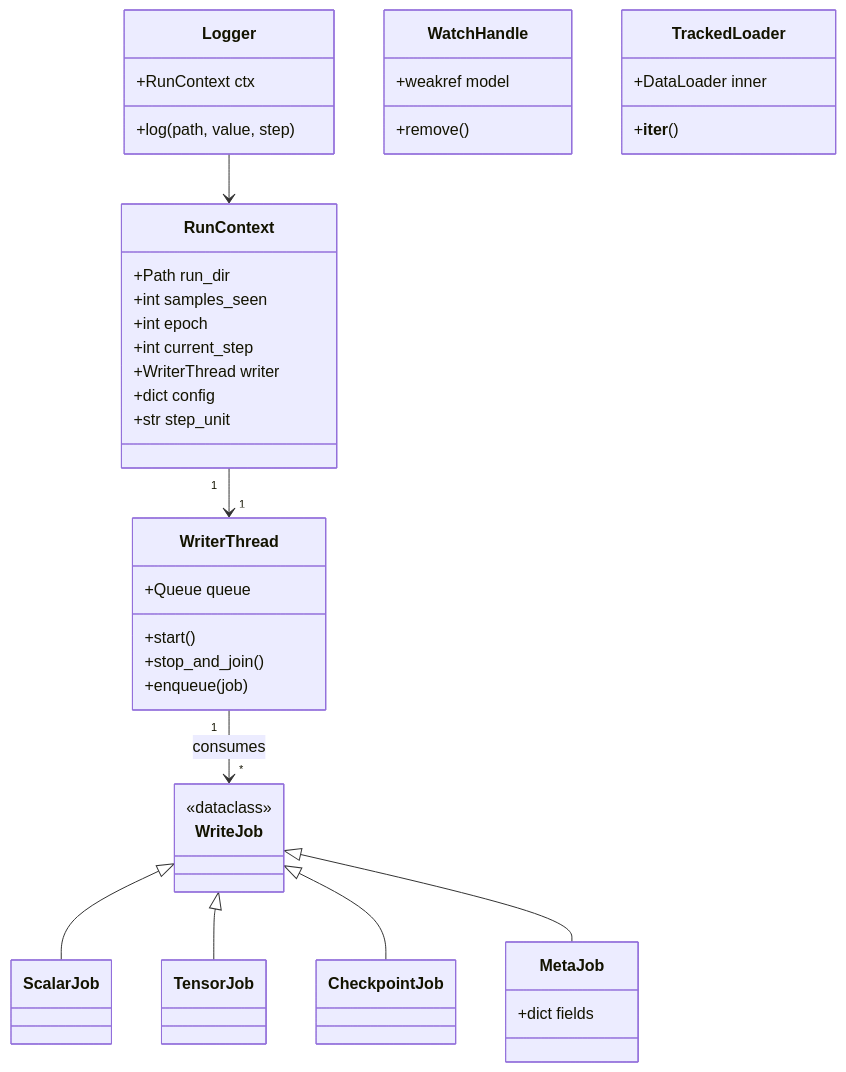
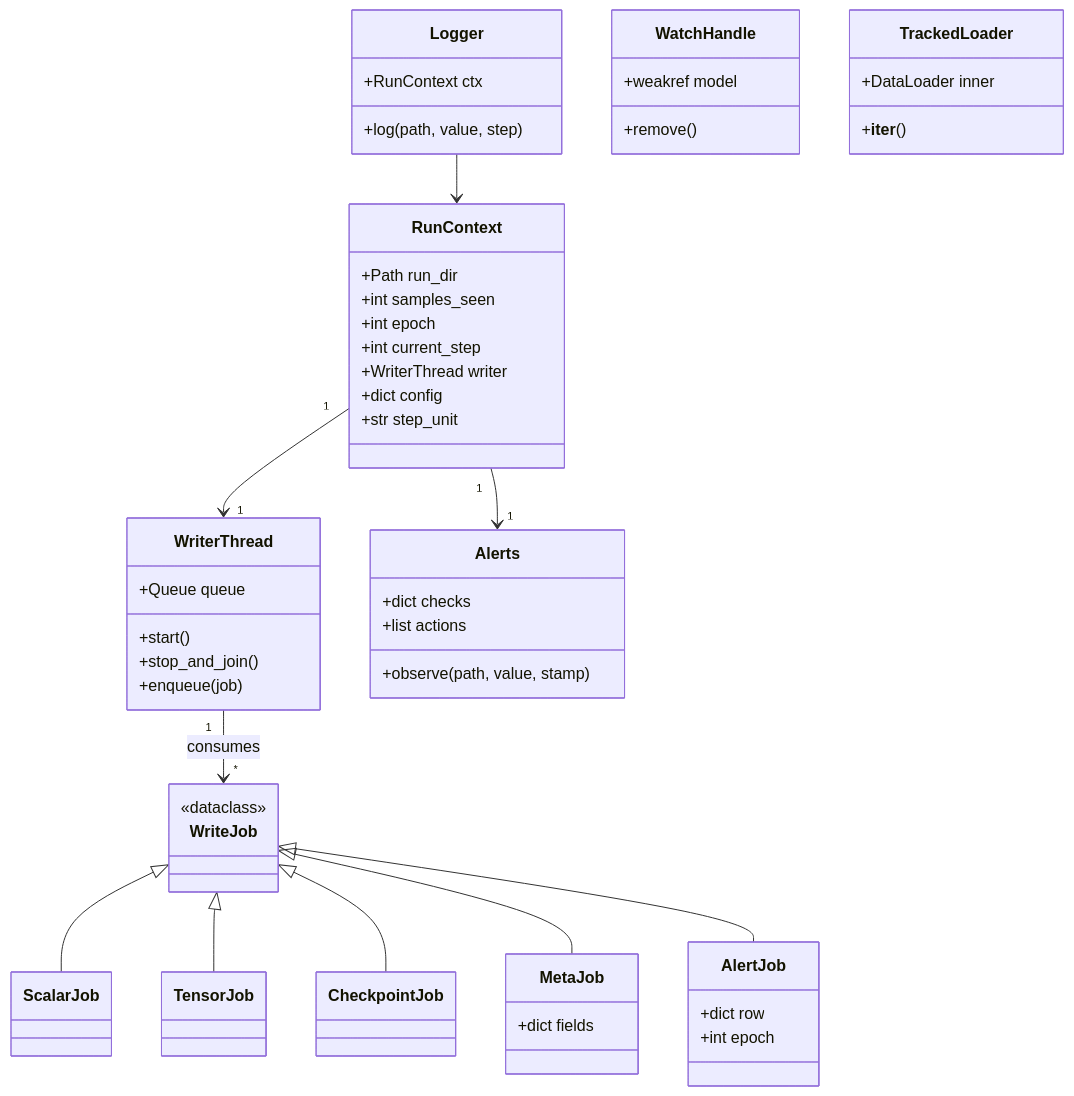
One commit to vladkalinichencko/log changed the third of 11 diagrams in SPEC.md. Above: the diagram before and after it, drawn with Mermaid. The commit also changed other lines of this file and 7 other files, not shown here.

First line of the commit message:
Raise built-in and custom alerts from log.log into alerts.jsonl, with actions run in the training thread

````diff
--- a/SPEC.md
+++ b/SPEC.md
@@ -596,46 +602,57 @@
 ```mermaid
 classDiagram
     class RunContext {
         +Path run_dir
         +int samples_seen
         +int epoch
         +int current_step
         +WriterThread writer
         +dict config
         +str step_unit
     }
     class WriterThread {
         +Queue queue
         +start()
         +stop_and_join()
         +enqueue(job)
     }
     class WriteJob {
         <<dataclass>>
     }
     class ScalarJob
     class TensorJob
     class CheckpointJob
     class MetaJob {
         +dict fields
     }
+    class AlertJob {
+        +dict row
+        +int epoch
+    }
+    class Alerts {
+        +dict checks
+        +list actions
+        +observe(path, value, stamp)
+    }
     class Logger {
         +RunContext ctx
         +log(path, value, step)
     }
     class WatchHandle {
         +weakref model
         +remove()
     }
     class TrackedLoader {
         +DataLoader inner
         +__iter__()
     }
     WriteJob <|-- ScalarJob
     WriteJob <|-- TensorJob
     WriteJob <|-- CheckpointJob
     WriteJob <|-- MetaJob
+    WriteJob <|-- AlertJob
+    RunContext "1" --> "1" Alerts
     WriterThread "1" --> "*" WriteJob : consumes
     RunContext "1" --> "1" WriterThread
     Logger --> RunContext
 ```
````
